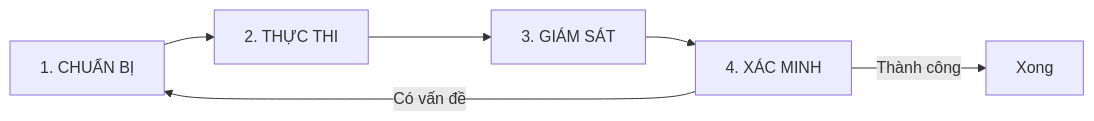
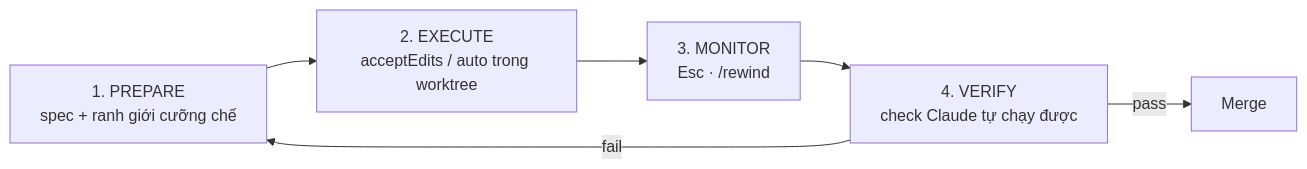
Before and after one commit to ShipWithAI/claude-code-mastery: the diagram in src/content/docs/vi/claude-code/phase-07-multi-agent-auto/02-full-auto-workflow.md, drawn with Mermaid. The commit also changed other lines of this file and 10 other files, not shown here.

````diff
--- a/src/content/docs/vi/claude-code/phase-07-multi-agent-auto/02-full-auto-workflow.md
+++ b/src/content/docs/vi/claude-code/phase-07-multi-agent-auto/02-full-auto-workflow.md
@@ -28,8 +33,8 @@
 ```mermaid
 graph LR
-    A[1. CHUẨN BỊ] --> B[2. THỰC THI]
-    B --> C[3. GIÁM SÁT]
-    C --> D[4. XÁC MINH]
-    D -->|Có vấn đề| A
-    D -->|Thành công| E[Xong]
+    A["1. PREPARE<br/>spec + ranh giới cưỡng chế"] --> B["2. EXECUTE<br/>acceptEdits / auto trong worktree"]
+    B --> C["3. MONITOR<br/>Esc · /rewind"]
+    C --> D["4. VERIFY<br/>check Claude tự chạy được"]
+    D -->|fail| A
+    D -->|pass| E[Merge]
 ```
````
